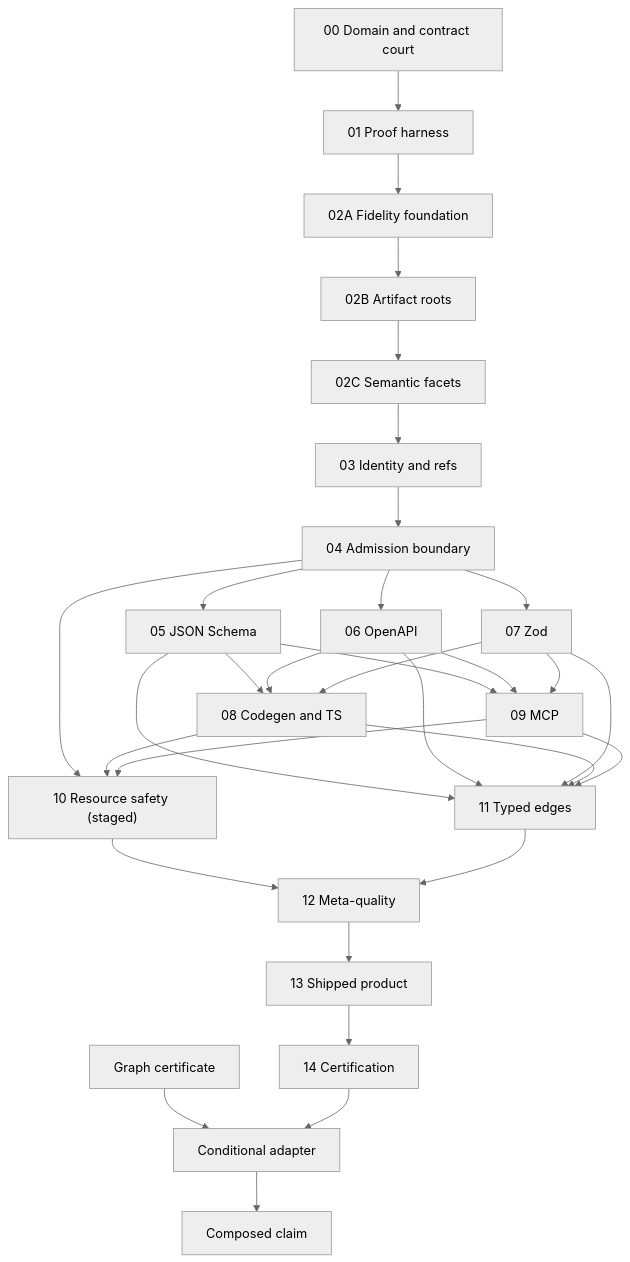
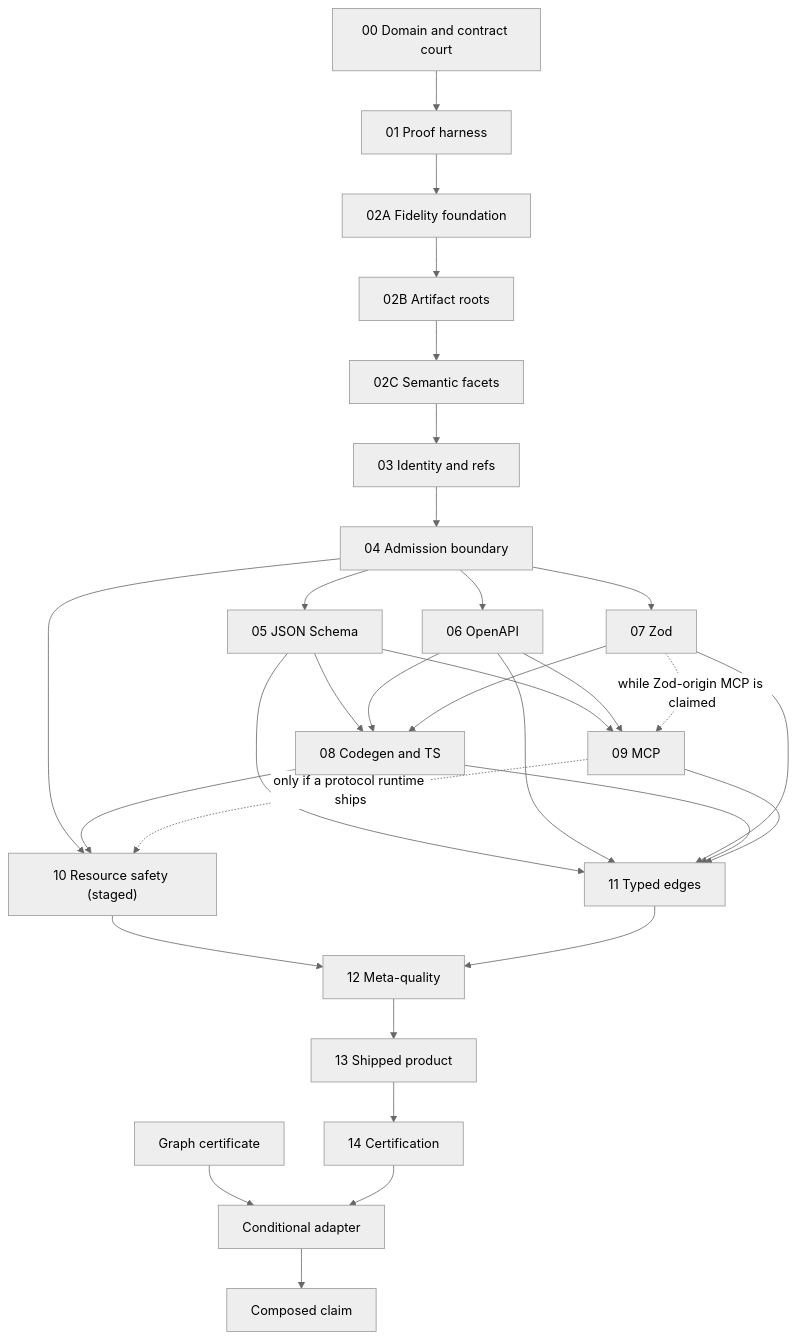
Before and after one commit to EngraphCode/castr: the first of 2 diagrams in .agent/report/castr-completeness-losslessness-proof-programme-2026-08-21.md, drawn with Mermaid (neutral theme). The commit also changed other lines of this file and 2 other files, not shown here.

````diff
--- a/.agent/report/castr-completeness-losslessness-proof-programme-2026-08-21.md
+++ b/.agent/report/castr-completeness-losslessness-proof-programme-2026-08-21.md
@@ -532,33 +630,33 @@
 ```mermaid
 flowchart TD
     T00["00 Domain and contract court"] --> T01["01 Proof harness"]
     T01 --> T02["02A Fidelity foundation"]
     T02 --> T02B["02B Artifact roots"]
     T02B --> T02C["02C Semantic facets"]
     T02C --> T03["03 Identity and refs"]
     T03 --> T04["04 Admission boundary"]
     T04 --> D1["05 JSON Schema"]
     T04 --> D2["06 OpenAPI"]
     T04 --> D3["07 Zod"]
     D1 --> D4["08 Codegen and TS"]
     D2 --> D4
     D3 --> D4
     D1 --> D5["09 MCP"]
     D2 --> D5
-    D3 --> D5
+    D3 -.->|"while Zod-origin MCP is claimed"| D5
     T04 --> T10["10 Resource safety (staged)"]
     D4 --> T10
-    D5 --> T10
+    D5 -.->|"only if a protocol runtime ships"| T10
     D1 --> T11["11 Typed edges"]
     D2 --> T11
     D3 --> T11
     D4 --> T11
     D5 --> T11
     T10 --> T12["12 Meta-quality"]
     T11 --> T12
     T12 --> T13["13 Shipped product"]
     T13 --> T14["14 Certification"]
     G["Graph certificate"] --> GA["Conditional adapter"]
     T14 --> GA
     GA --> GC["Composed claim"]
 ```
````
